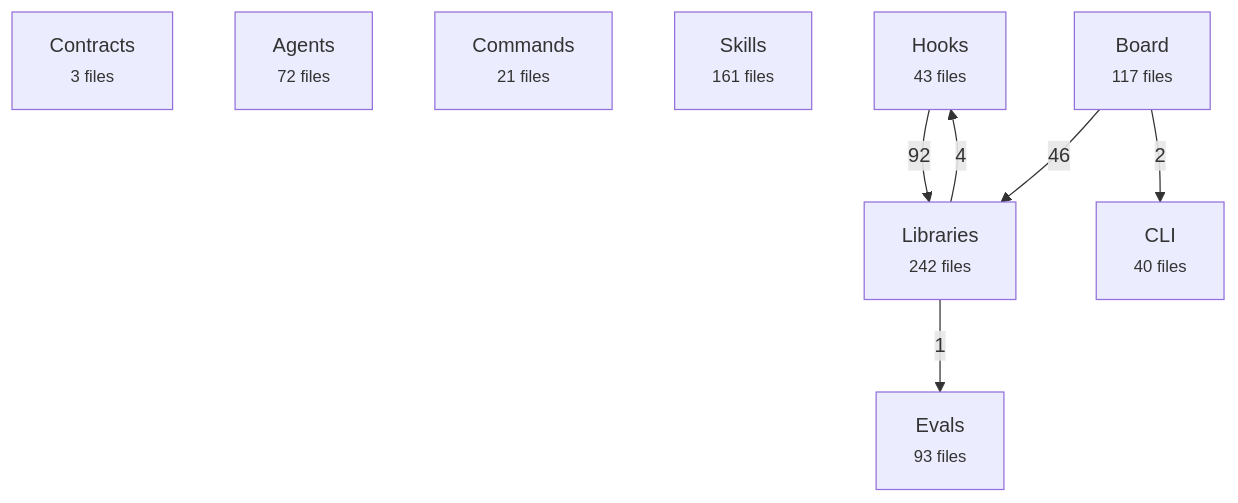
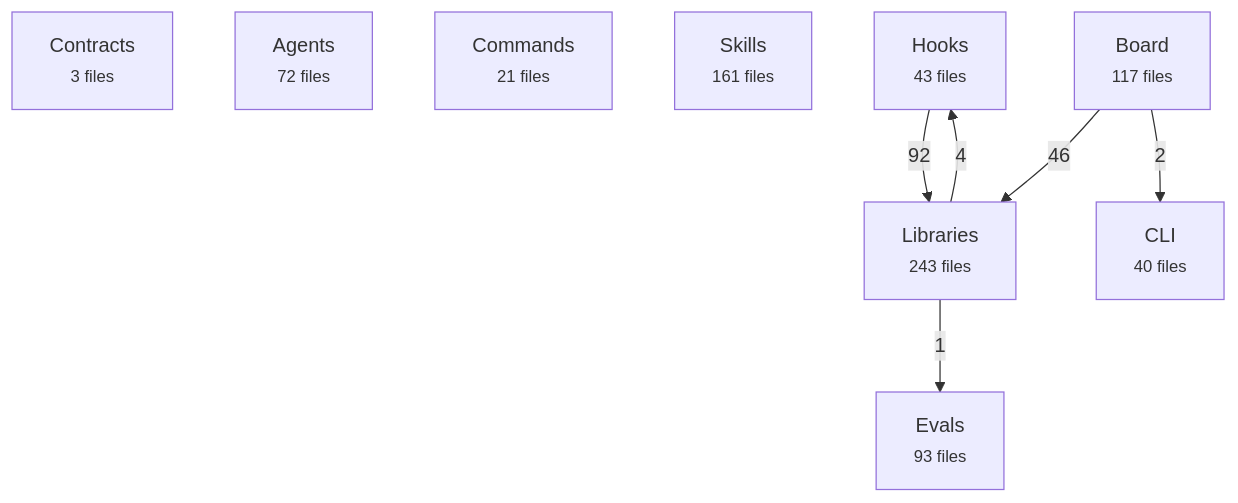
One commit to avelikiy/great_cto changed the first of 2 diagrams in docs/reference/architecture-map.md. Above: the diagram before and after it, drawn with Mermaid. The commit also changed other lines of this file and 2 other files, not shown here.

````diff
--- a/docs/reference/architecture-map.md
+++ b/docs/reference/architecture-map.md
@@ -20,17 +20,17 @@
 ```mermaid
 flowchart TD
   contracts["Contracts<br/><small>3 files</small>"]
   agents["Agents<br/><small>72 files</small>"]
   commands["Commands<br/><small>21 files</small>"]
   skills["Skills<br/><small>161 files</small>"]
   hooks["Hooks<br/><small>43 files</small>"]
-  libs["Libraries<br/><small>242 files</small>"]
+  libs["Libraries<br/><small>243 files</small>"]
   board["Board<br/><small>117 files</small>"]
   cli["CLI<br/><small>40 files</small>"]
   evals["Evals<br/><small>93 files</small>"]
   hooks -->|92| libs
   board -->|46| libs
   libs -->|4| hooks
   board -->|2| cli
   libs -->|1| evals
 ```
````
